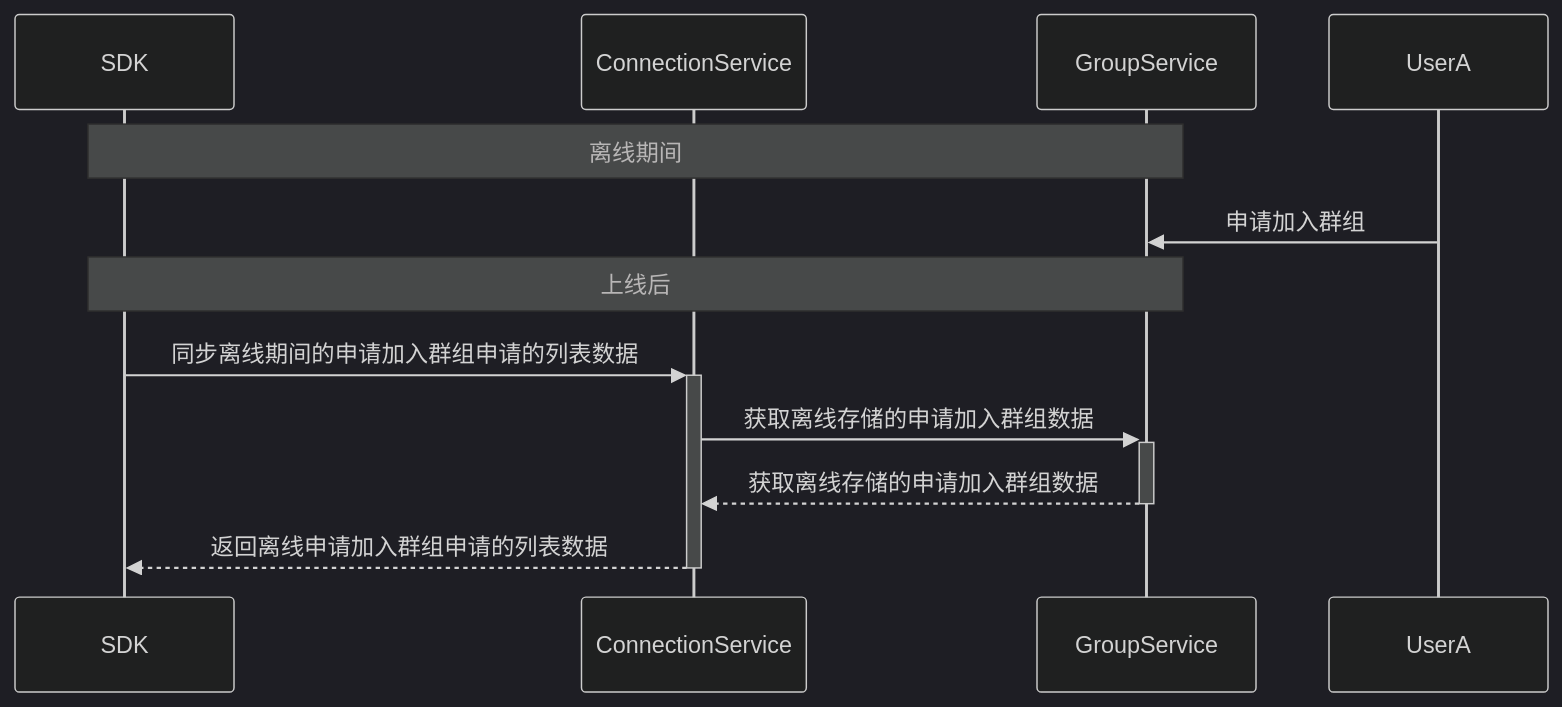
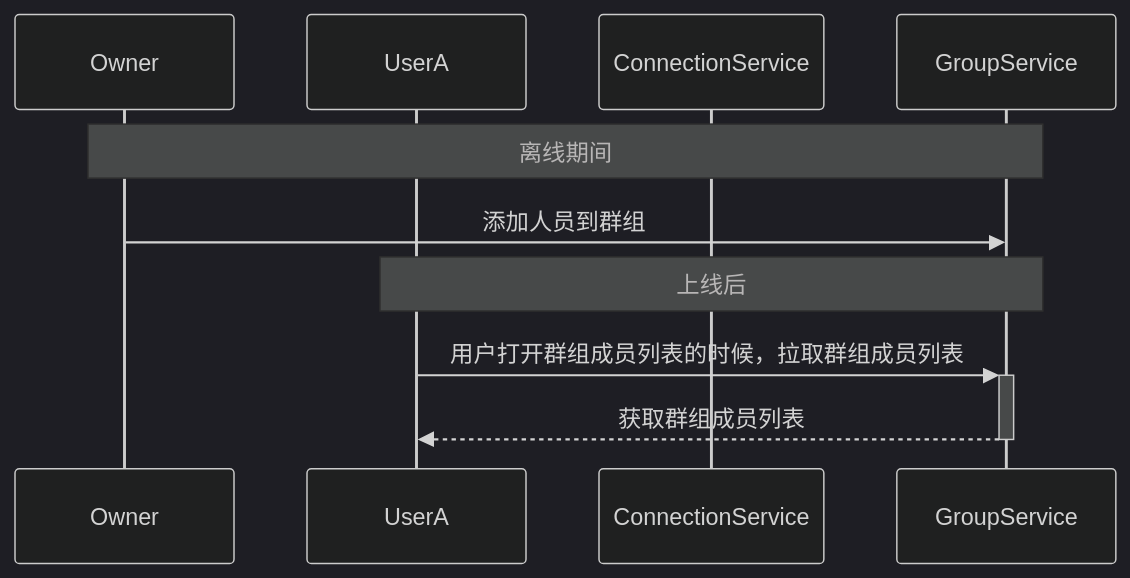
The ninth of 12 diagrams in docs/bussiness_data_sync.md (jerry-chao/exim), drawn with Mermaid (dark theme) before and after one commit. The commit also changed other lines of this file and 7 other files, not shown here.

````diff
--- a/docs/bussiness_data_sync.md
+++ b/docs/bussiness_data_sync.md
@@ -189,16 +218,14 @@
 ```mermaid
 sequenceDiagram
-    participant SDK
+    participant Owner
+    participant UserA
     participant ConnectionService
     participant GroupService
-    participant UserA
 
-    Note over SDK,GroupService: 离线期间
-    UserA->>GroupService: 申请加入群组
+    Note over Owner,GroupService: 离线期间
+    Owner->>GroupService: 添加人员到群组
 
-    Note over SDK,GroupService: 上线后
-    SDK->>+ConnectionService: 同步离线期间的申请加入群组申请的列表数据
-    ConnectionService->>+GroupService: 获取离线存储的申请加入群组数据
-    GroupService-->>-ConnectionService: 获取离线存储的申请加入群组数据
-    ConnectionService-->>-SDK: 返回离线申请加入群组申请的列表数据
+    Note over UserA,GroupService: 上线后
+    UserA->>+GroupService: 用户打开群组成员列表的时候，拉取群组成员列表
+    GroupService-->>-UserA: 获取群组成员列表
 ```
````
